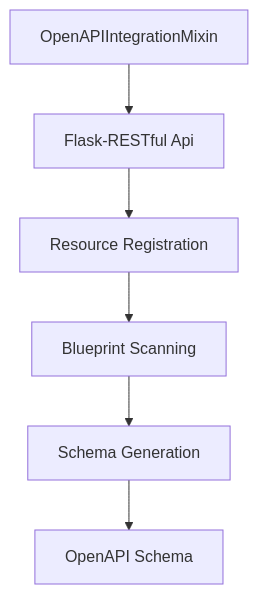
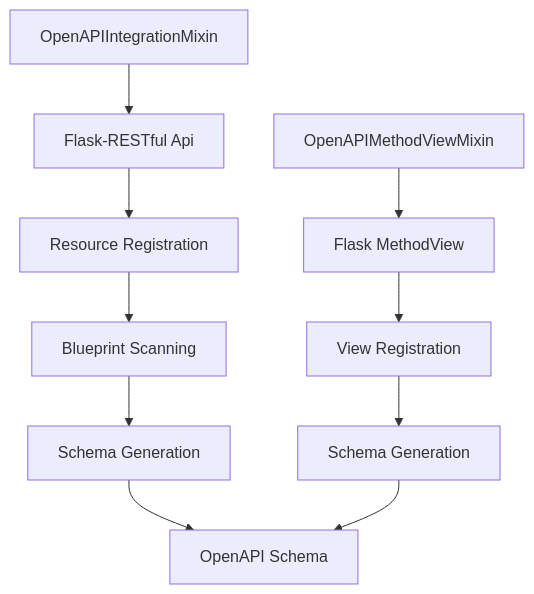
One commit to StrayDragon/flask-x-openapi-schema changed the sixth of 10 diagrams in docs/core_components.md. Above: the diagram before and after it, drawn with Mermaid. The commit also changed other lines of this file and 18 other files, not shown here.

````diff
--- a/docs/core_components.md
+++ b/docs/core_components.md
@@ -263,8 +278,13 @@
 ```mermaid
 graph TD
     A[OpenAPIIntegrationMixin] --> B[Flask-RESTful Api]
     B --> C[Resource Registration]
     C --> D[Blueprint Scanning]
     D --> E[Schema Generation]
     E --> F[OpenAPI Schema]
+
+    G[OpenAPIMethodViewMixin] --> H[Flask MethodView]
+    H --> I[View Registration]
+    I --> J[Schema Generation]
+    J --> F
 ```
````
